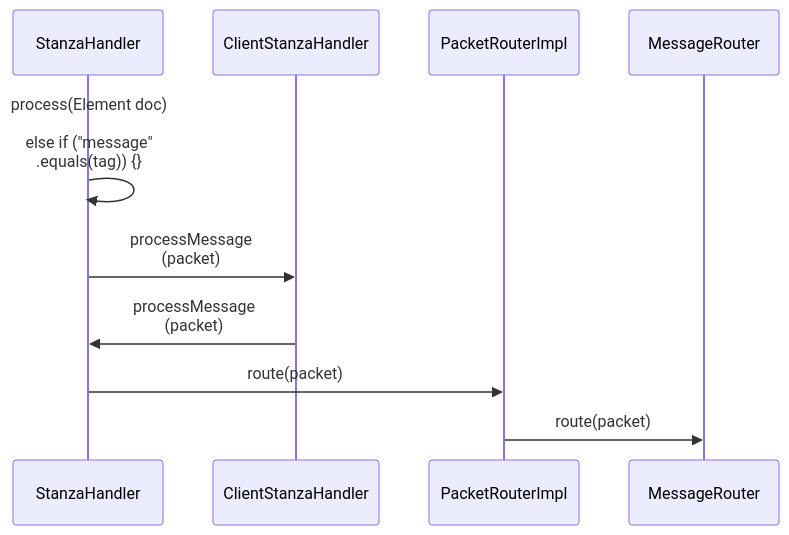
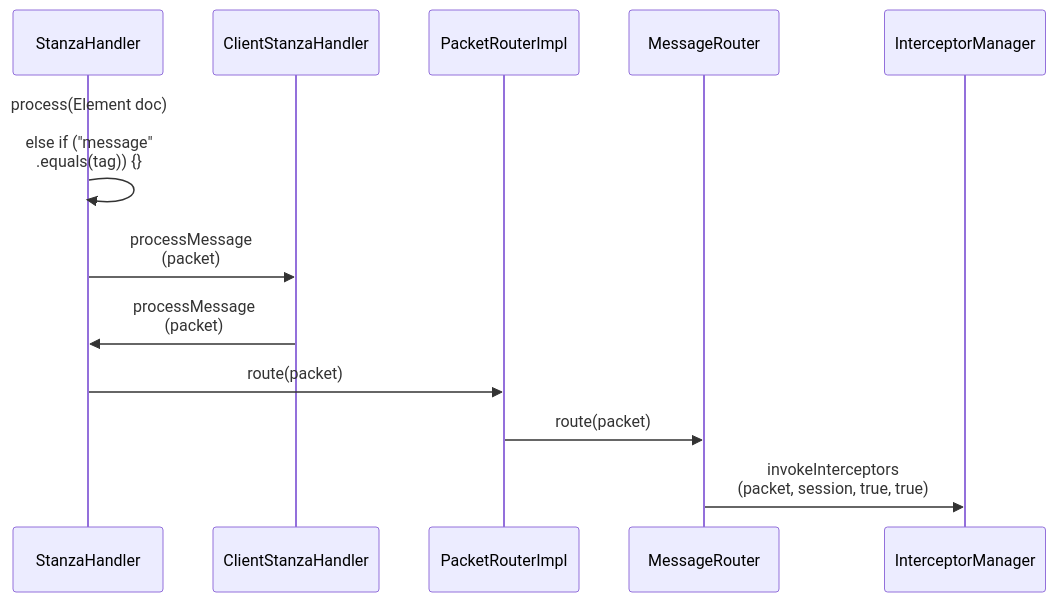
Before and after one commit to chanchan098/Docs: the sixth of 11 diagrams in z-opf/opf.md, drawn with Mermaid. The commit also changed other lines of this file and 5 other files, not shown here.

````diff
--- a/z-opf/opf.md
+++ b/z-opf/opf.md
@@ -502,8 +502,9 @@
 ```mermaid
 sequenceDiagram
     StanzaHandler->>StanzaHandler: process(Element doc)<br><br>else if ("message"<br>.equals(tag)) {}
     StanzaHandler->>ClientStanzaHandler: processMessage<br>(packet)
     ClientStanzaHandler->>StanzaHandler: processMessage<br>(packet)
     StanzaHandler->>PacketRouterImpl: route(packet)
     PacketRouterImpl->>MessageRouter: route(packet)
+    MessageRouter->>InterceptorManager: invokeInterceptors<br>(packet, session, true, true)
 ```
````
